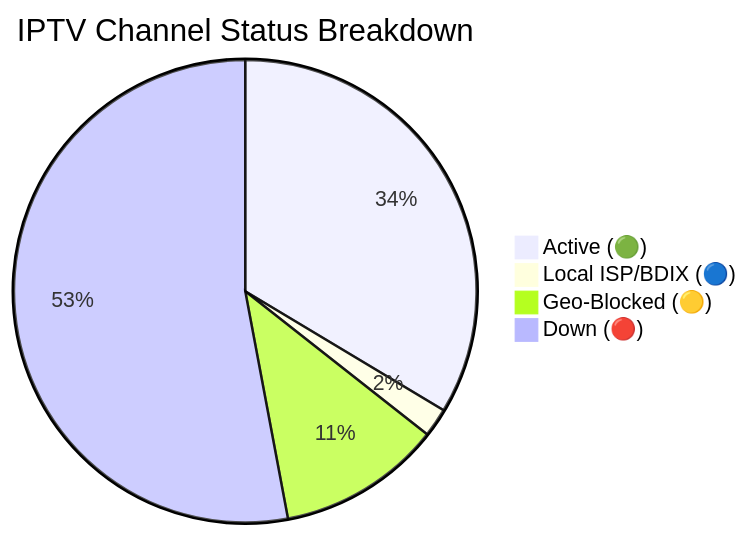
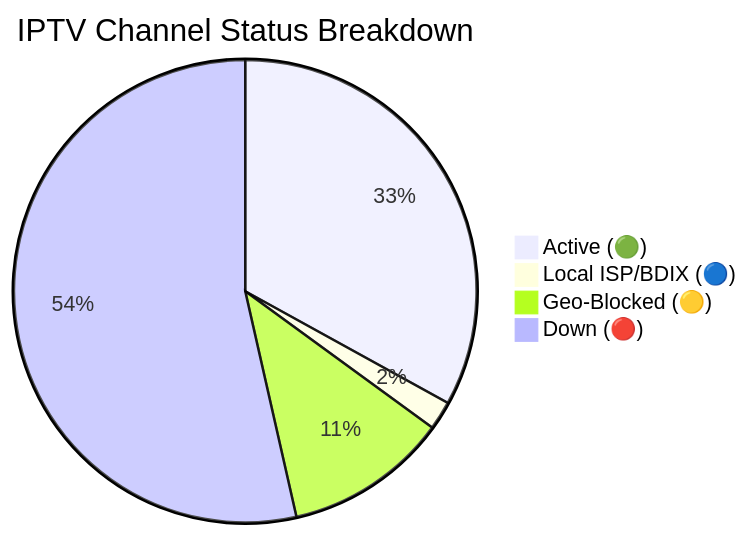
One commit to andreataylord/Ip-tv-Collection changed the diagram in README.md. Above: the diagram before and after it, drawn with Mermaid. The commit also changed other lines of this file and 1 other file, not shown here.

Commit message:
docs(readme): auto-update daily channel status chart

````diff
--- a/README.md
+++ b/README.md
@@ -59,7 +59,7 @@
 ```mermaid
 pie title IPTV Channel Status Breakdown
-    "Active (🟢)" : 2142
+    "Active (🟢)" : 2105
     "Local ISP/BDIX (🔵)" : 128
-    "Geo-Blocked (🟡)" : 729
-    "Down (🔴)" : 3376
+    "Geo-Blocked (🟡)" : 728
+    "Down (🔴)" : 3414
 ```
````
